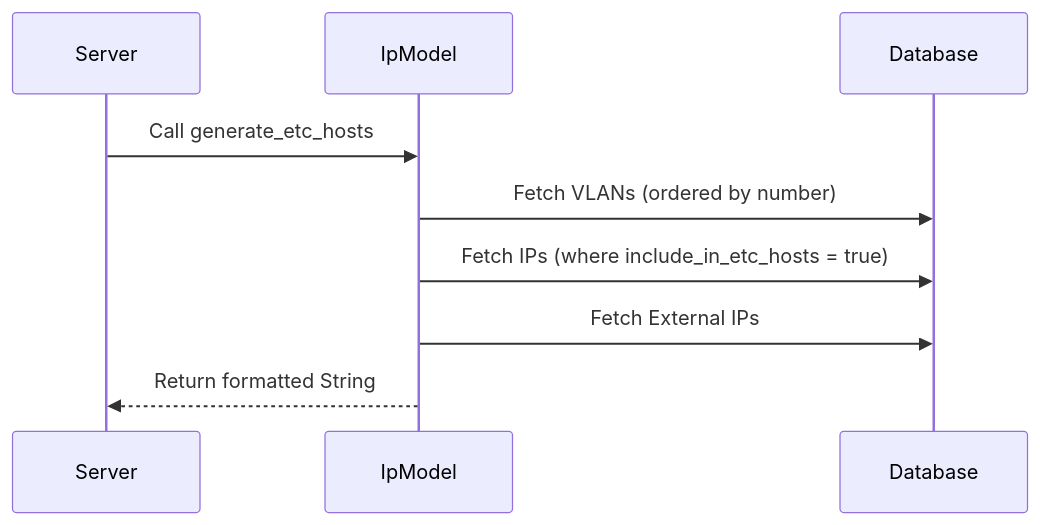
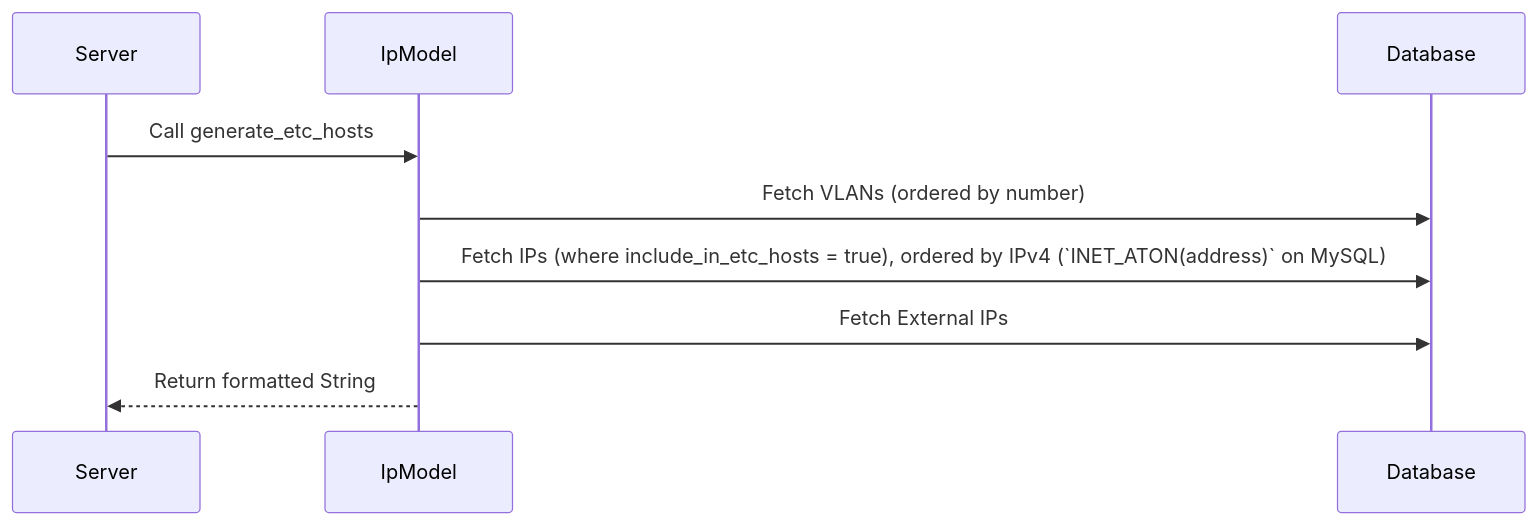
Before and after one commit to hrodrig/ipplanning: the third of 3 diagrams in SPECIFICATIONS.md, drawn with Mermaid. The commit also changed other lines of this file and 25 other files, not shown here.

First line of the commit message:
feat(ips): chunked lists, search, IPv4 sort, demo reset, and gated nav

````diff
--- a/SPECIFICATIONS.md
+++ b/SPECIFICATIONS.md
@@ -101,12 +146,12 @@
 ```mermaid
 sequenceDiagram
     participant Server
     participant IpModel
     participant Database
 
     Server->>IpModel: Call generate_etc_hosts
     IpModel->>Database: Fetch VLANs (ordered by number)
-    IpModel->>Database: Fetch IPs (where include_in_etc_hosts = true)
+    IpModel->>Database: Fetch IPs (where include_in_etc_hosts = true), ordered by IPv4 (`INET_ATON(address)` on MySQL)
     IpModel->>Database: Fetch External IPs
     IpModel-->>Server: Return formatted String
 ```
````
